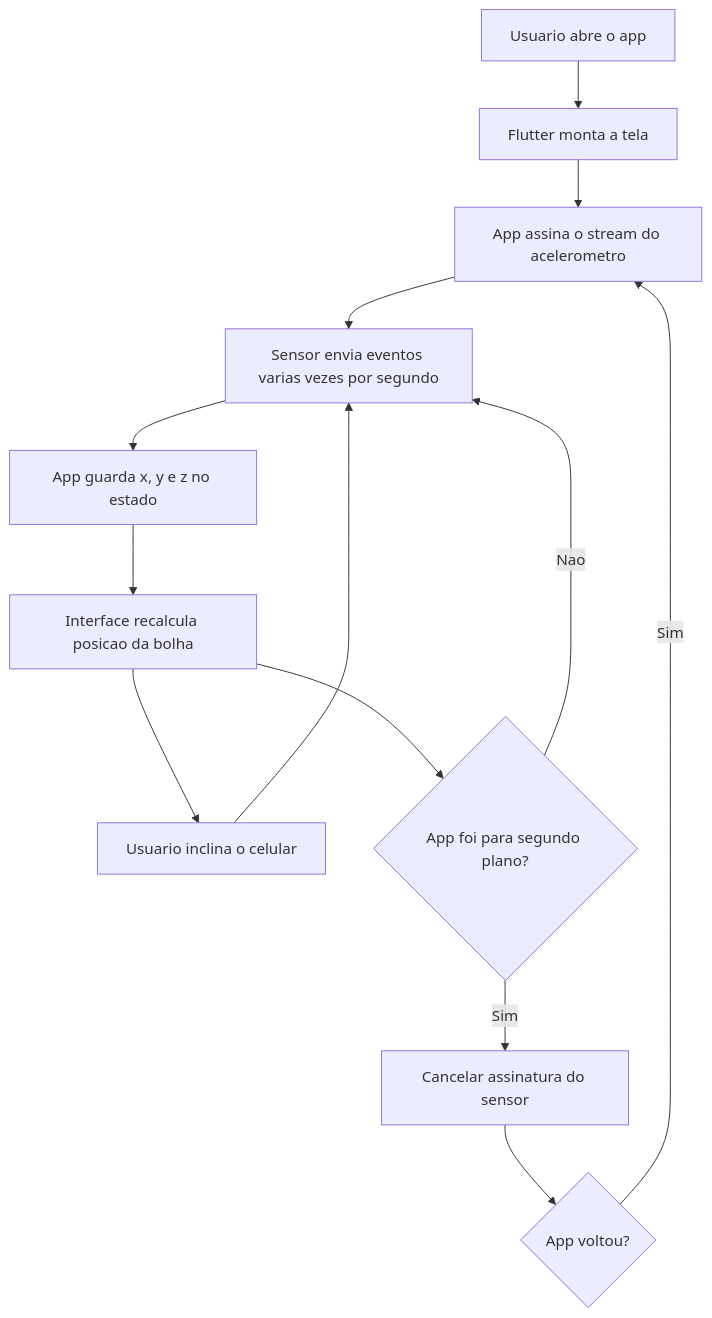
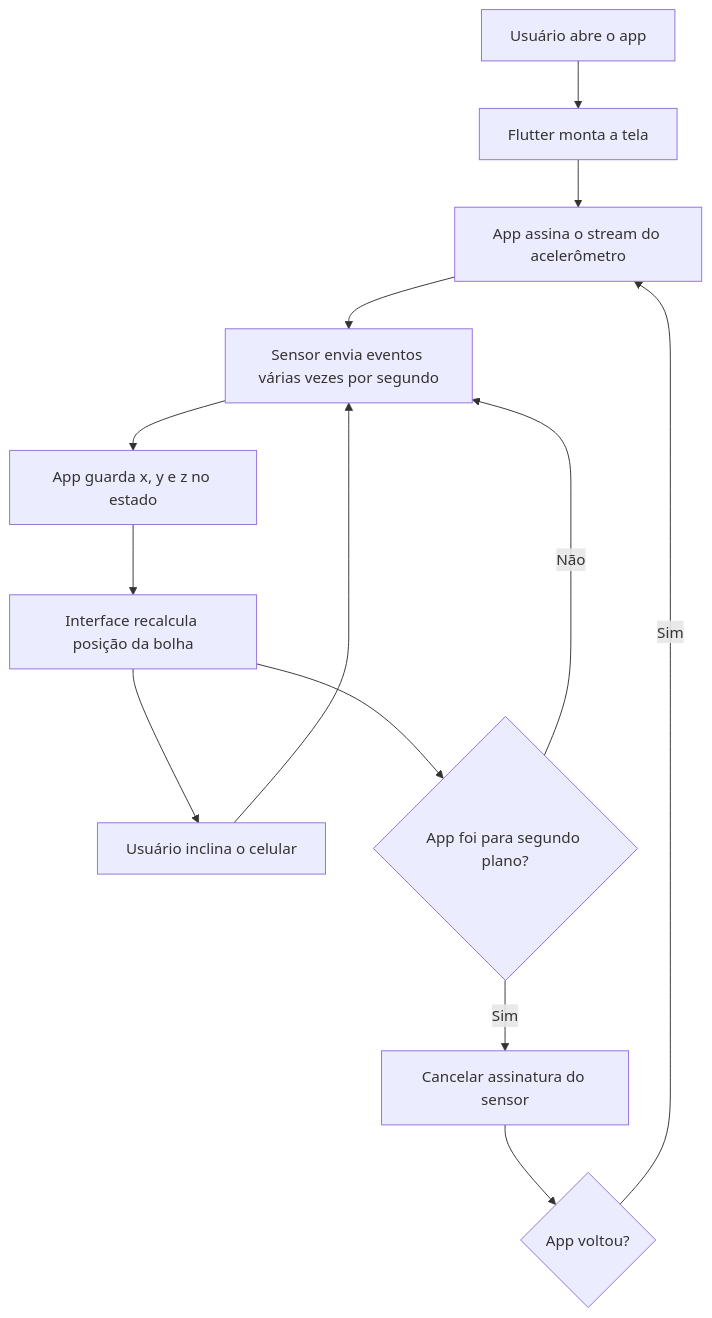
Before and after one commit to prof-gustavo-villalta/self: the first of 17 diagrams in courses/2026-1-DS-Prog-Aplicativos-Mobile-II-Novotec-Noturno/aulas/aula-11.md, drawn with Mermaid. The commit also changed other lines of this file and 6 other files, not shown here.

````diff
--- a/courses/2026-1-DS-Prog-Aplicativos-Mobile-II-Novotec-Noturno/aulas/aula-11.md
+++ b/courses/2026-1-DS-Prog-Aplicativos-Mobile-II-Novotec-Noturno/aulas/aula-11.md
@@ -61,15 +61,15 @@
 ```mermaid
 flowchart TD
-    A[Usuario abre o app] --> B[Flutter monta a tela]
-    B --> C[App assina o stream do acelerometro]
-    C --> D[Sensor envia eventos varias vezes por segundo]
+    A[Usuário abre o app] --> B[Flutter monta a tela]
+    B --> C[App assina o stream do acelerômetro]
+    C --> D[Sensor envia eventos várias vezes por segundo]
     D --> E[App guarda x, y e z no estado]
-    E --> F[Interface recalcula posicao da bolha]
-    F --> G[Usuario inclina o celular]
+    E --> F[Interface recalcula posição da bolha]
+    F --> G[Usuário inclina o celular]
     G --> D
     F --> H{App foi para segundo plano?}
     H -->|Sim| I[Cancelar assinatura do sensor]
-    H -->|Nao| D
+    H -->|Não| D
     I --> J{App voltou?}
     J -->|Sim| C
 ```
````
